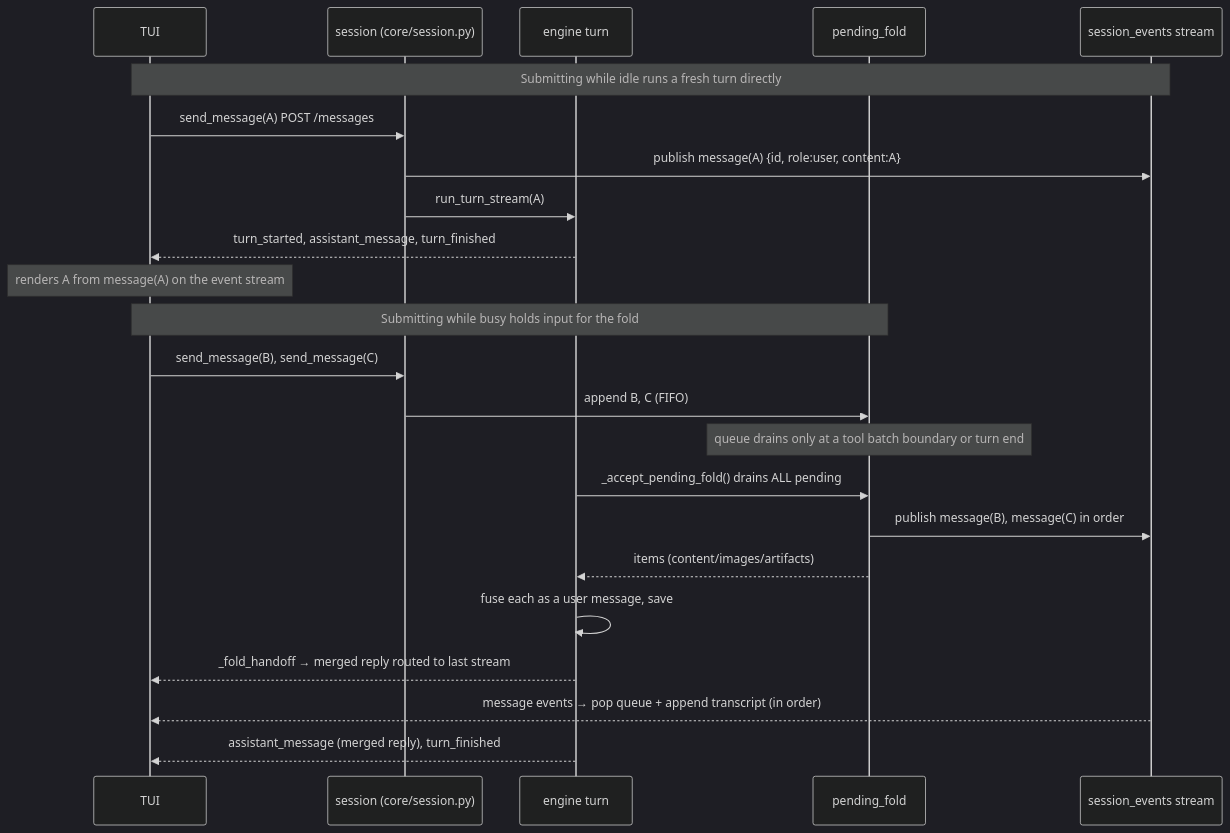
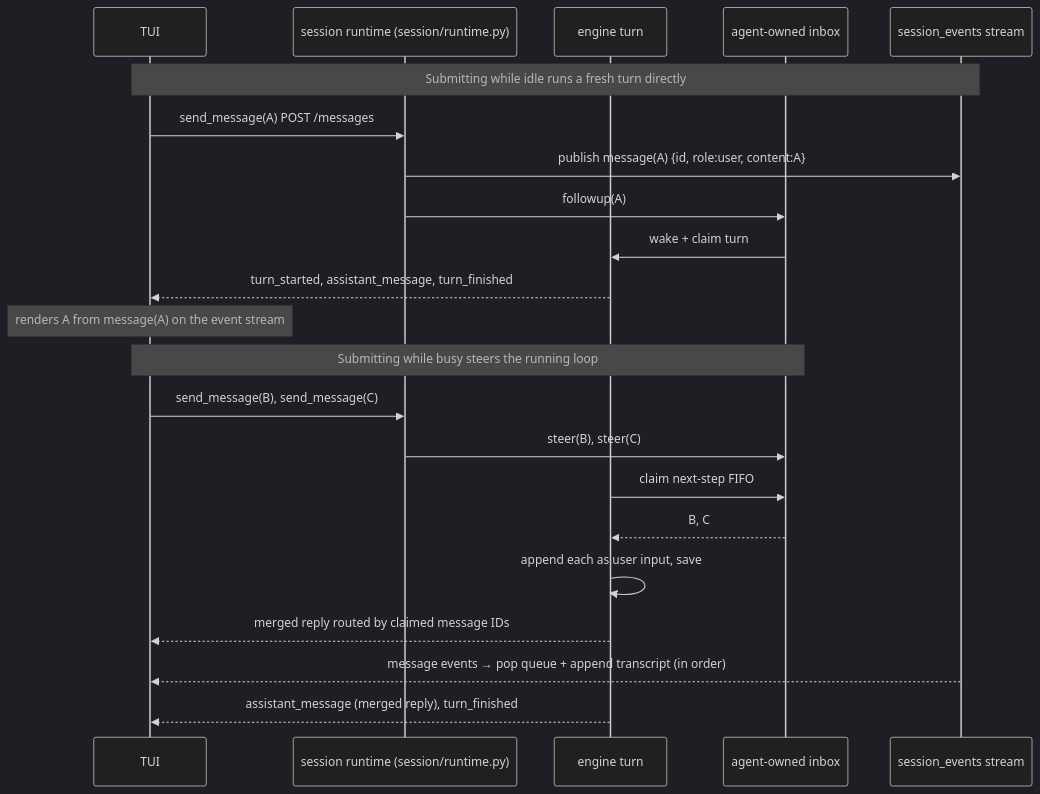
The diagram in XBotv2/docs/protocol/protocol.md (dukmu/XBot), drawn with Mermaid (dark theme) before and after one commit. The commit also changed other lines of this file and 153 other files, not shown here.

Commit message:
refactor runtime ownership around agent loop

````diff
--- a/XBotv2/docs/protocol/protocol.md
+++ b/XBotv2/docs/protocol/protocol.md
@@ -171,27 +163,26 @@
 ```mermaid
 sequenceDiagram
     participant TUI
-    participant Core as session (core/session.py)
+    participant Core as session runtime (session/runtime.py)
     participant Turn as engine turn
-    participant Fold as pending_fold
+    participant Inbox as agent-owned inbox
     participant Ev as session_events stream
 
     Note over TUI,Ev: Submitting while idle runs a fresh turn directly
     TUI->>Core: send_message(A) POST /messages
     Core->>Ev: publish message(A) {id, role:user, content:A}
-    Core->>Turn: run_turn_stream(A)
+    Core->>Inbox: followup(A)
+    Inbox->>Turn: wake + claim turn
     Turn-->>TUI: turn_started, assistant_message, turn_finished
     Note over TUI: renders A from message(A) on the event stream
 
-    Note over TUI,Fold: Submitting while busy holds input for the fold
+    Note over TUI,Inbox: Submitting while busy steers the running loop
     TUI->>Core: send_message(B), send_message(C)
-    Core->>Fold: append B, C (FIFO)
-    Note over Fold: queue drains only at a tool batch boundary or turn end
-    Turn->>Fold: _accept_pending_fold() drains ALL pending
-    Fold->>Ev: publish message(B), message(C) in order
-    Fold-->>Turn: items (content/images/artifacts)
-    Turn->>Turn: fuse each as a user message, save
-    Turn-->>TUI: _fold_handoff → merged reply routed to last stream
+    Core->>Inbox: steer(B), steer(C)
+    Turn->>Inbox: claim next-step FIFO
+    Inbox-->>Turn: B, C
+    Turn->>Turn: append each as user input, save
+    Turn-->>TUI: merged reply routed by claimed message IDs
     Ev-->>TUI: message events → pop queue + append transcript (in order)
     Turn-->>TUI: assistant_message (merged reply), turn_finished
 ```
````
